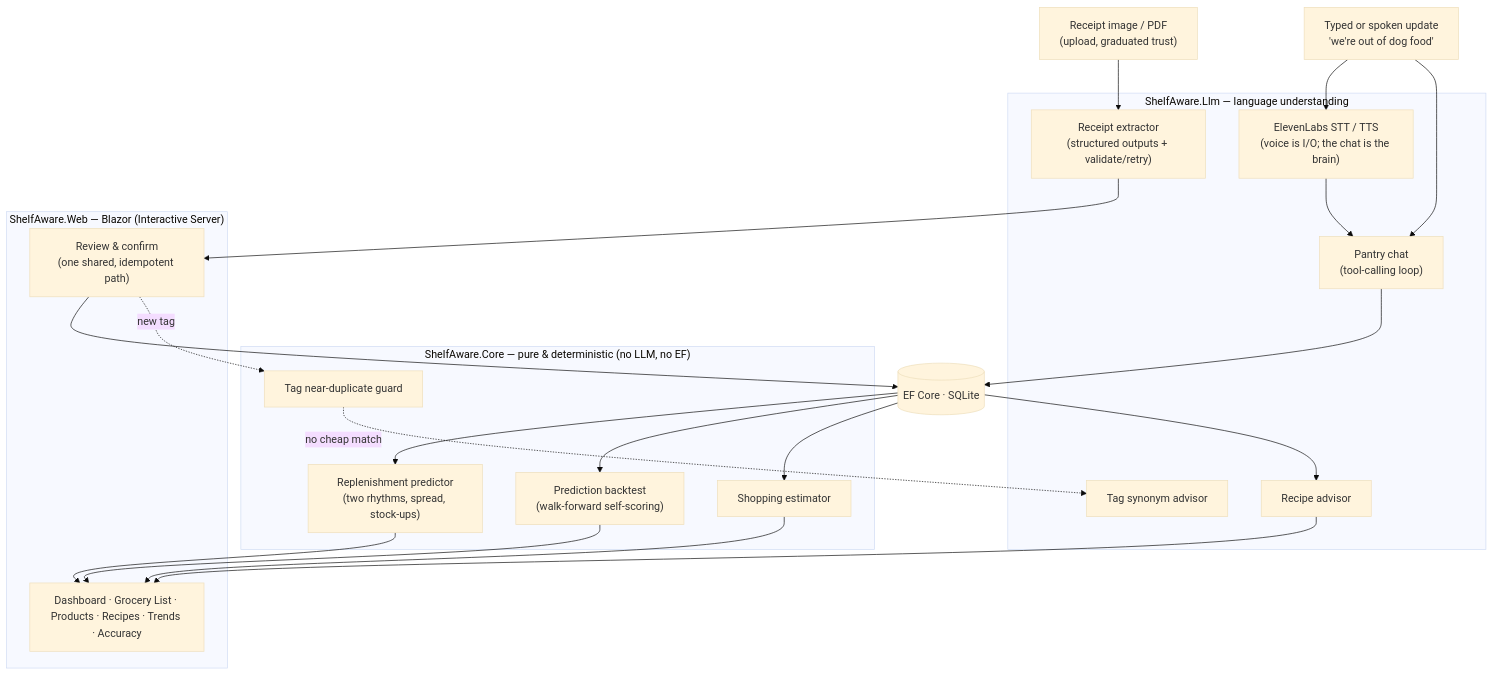
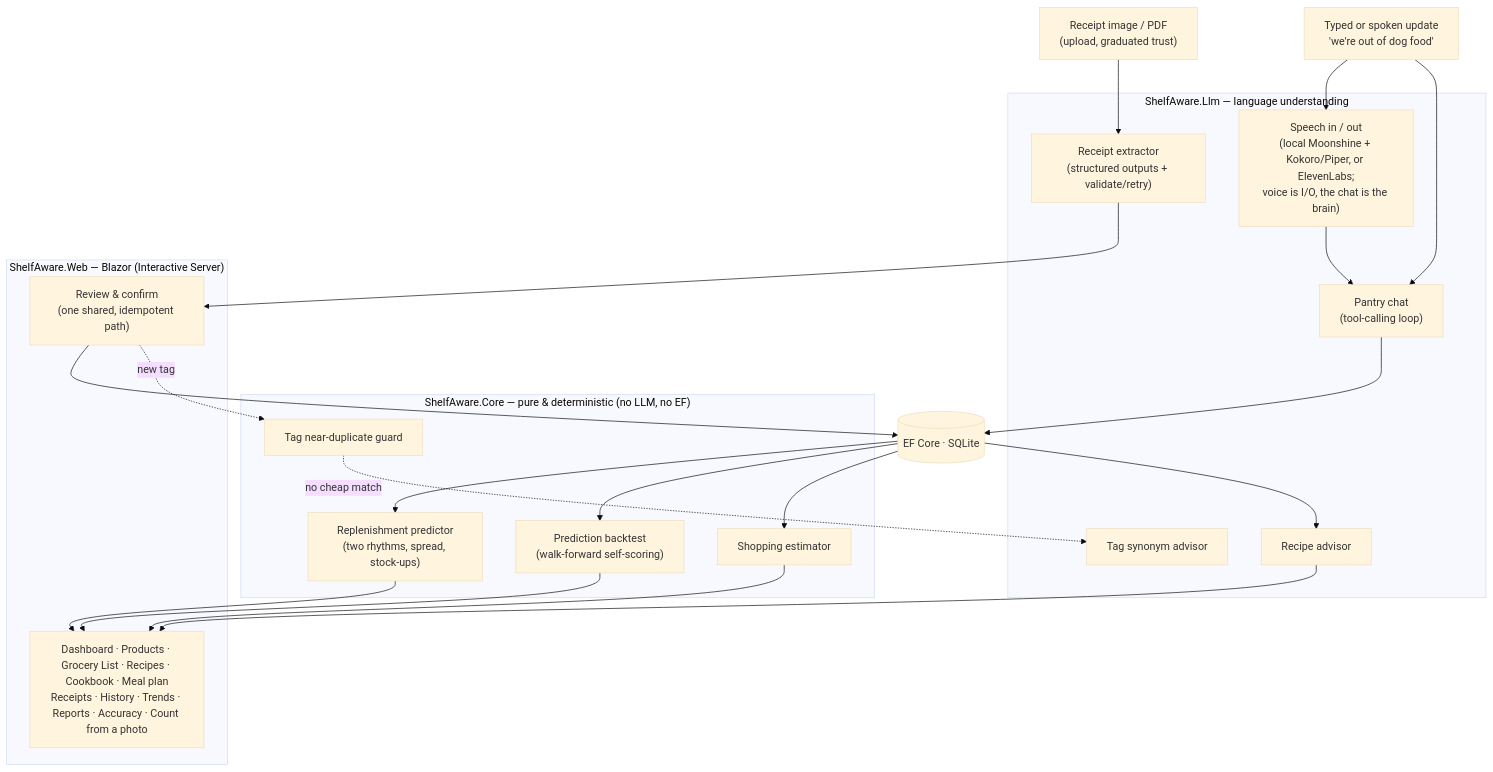
One commit to Jcurran-Repo/ShelfAware changed the diagram in README.md. Above: the diagram before and after it, drawn with Mermaid (base theme). The commit also changed other lines of this file, not shown here.

First line of the commit message:
README: the demo as it is, the accuracy numbers the screenshot shows, one name

````diff
--- a/README.md
+++ b/README.md
@@ -128,38 +135,38 @@
 ```mermaid
 flowchart TD
     R["Receipt image / PDF<br/>(upload, graduated trust)"]
     NL["Typed or spoken update<br/>'we're out of dog food'"]
 
     subgraph LLM["ShelfAware.Llm — language understanding"]
       EX["Receipt extractor<br/>(structured outputs + validate/retry)"]
       CH["Pantry chat<br/>(tool-calling loop)"]
-      VO["ElevenLabs STT / TTS<br/>(voice is I/O; the chat is the brain)"]
+      VO["Speech in / out<br/>(local Moonshine + Kokoro/Piper, or ElevenLabs;<br/>voice is I/O, the chat is the brain)"]
       TA["Tag synonym advisor"]
       RA["Recipe advisor"]
     end
 
     subgraph CORE["ShelfAware.Core — pure & deterministic (no LLM, no EF)"]
       PR["Replenishment predictor<br/>(two rhythms, spread, stock-ups)"]
       BT["Prediction backtest<br/>(walk-forward self-scoring)"]
       TG["Tag near-duplicate guard"]
       SE["Shopping estimator"]
     end
 
     DB[("EF Core · SQLite")]
 
     subgraph WEB["ShelfAware.Web — Blazor (Interactive Server)"]
       RV["Review &amp; confirm<br/>(one shared, idempotent path)"]
-      UI["Dashboard · Grocery List · Products · Recipes · Trends · Accuracy"]
+      UI["Dashboard · Products · Grocery List · Recipes · Cookbook · Meal plan<br/>Receipts · History · Trends · Reports · Accuracy · Count from a photo"]
     end
 
     R --> EX
     EX --> RV --> DB
     NL --> VO --> CH
     NL --> CH --> DB
     DB --> PR --> UI
     DB --> BT --> UI
     DB --> SE --> UI
     RV -. "new tag" .-> TG
     TG -. "no cheap match" .-> TA
     DB --> RA --> UI
 ```
````
